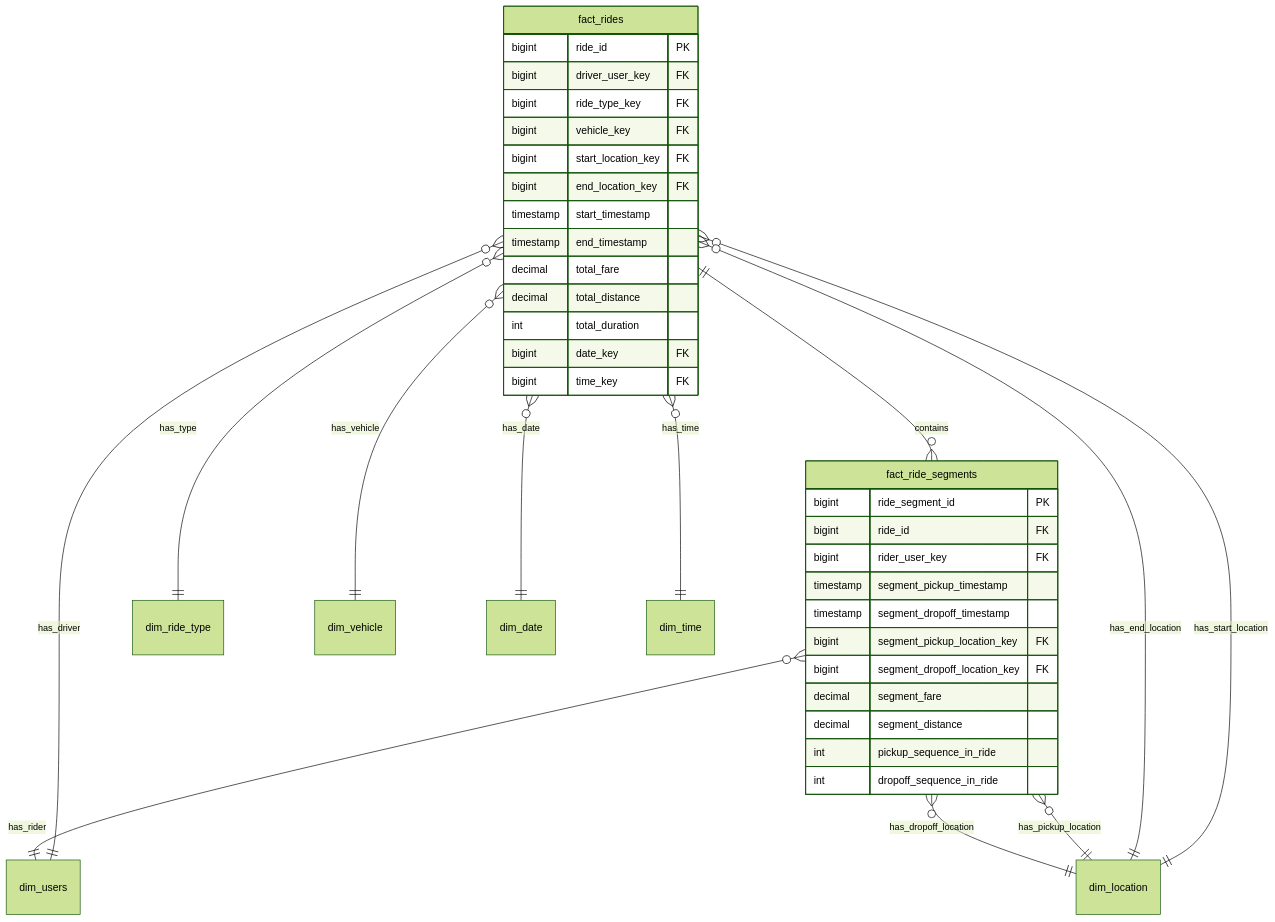
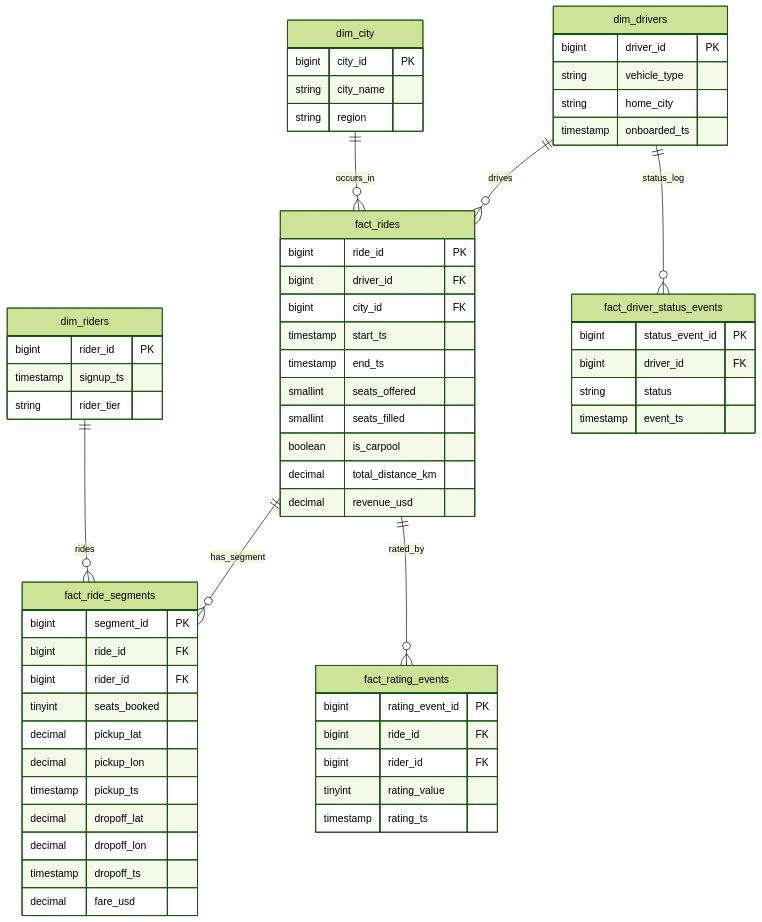
Before and after one commit to RileyLin/Data-Eng-Practice: the diagram in solutions/data_models/q001_rideshare_schema.md, drawn with Mermaid (forest theme). The commit also changed other lines of this file and 9 other files, not shown here.

````diff
--- a/solutions/data_models/q001_rideshare_schema.md
+++ b/solutions/data_models/q001_rideshare_schema.md
@@ -74,44 +74,75 @@
 ```mermaid
 erDiagram
-    fact_rides ||--o{ fact_ride_segments : contains
-    fact_rides }o--|| dim_users : has_driver
-    fact_ride_segments }o--|| dim_users : has_rider
-    fact_rides }o--|| dim_ride_type : has_type
-    fact_rides }o--|| dim_location : has_start_location
-    fact_rides }o--|| dim_location : has_end_location
-    fact_ride_segments }o--|| dim_location : has_pickup_location
-    fact_ride_segments }o--|| dim_location : has_dropoff_location
-    fact_rides }o--|| dim_vehicle : has_vehicle
-    fact_rides }o--|| dim_date : has_date
-    fact_rides }o--|| dim_time : has_time
+    %% ================ Dimensions =================
+    dim_drivers {
+        bigint driver_id PK
+        string vehicle_type
+        string home_city
+        timestamp onboarded_ts
+    }
 
+    dim_riders {
+        bigint rider_id PK
+        timestamp signup_ts
+        string rider_tier
+    }
+
+    dim_city {
+        bigint city_id PK
+        string city_name
+        string region
+    }
+
+    %% ================ Parent fact ================
     fact_rides {
         bigint ride_id PK
-        bigint driver_user_key FK
-        bigint ride_type_key FK
-        bigint vehicle_key FK
-        bigint start_location_key FK
-        bigint end_location_key FK
-        timestamp start_timestamp
-        timestamp end_timestamp
-        decimal total_fare
-        decimal total_distance
-        int total_duration
-        bigint date_key FK
-        bigint time_key FK
+        bigint driver_id FK
+        bigint city_id FK
+        timestamp start_ts
+        timestamp end_ts
+        smallint seats_offered
+        smallint seats_filled
+        boolean is_carpool
+        decimal total_distance_km
+        decimal revenue_usd
     }
 
+    %% ================ Child fact (segment) =======
     fact_ride_segments {
-        bigint ride_segment_id PK
+        bigint segment_id PK
         bigint ride_id FK
-        bigint rider_user_key FK
-        timestamp segment_pickup_timestamp
-        timestamp segment_dropoff_timestamp
-        bigint segment_pickup_location_key FK
-        bigint segment_dropoff_location_key FK
-        decimal segment_fare
-        decimal segment_distance
-        int pickup_sequence_in_ride
-        int dropoff_sequence_in_ride
+        bigint rider_id FK
+        tinyint seats_booked
+        decimal pickup_lat
+        decimal pickup_lon
+        timestamp pickup_ts
+        decimal dropoff_lat
+        decimal dropoff_lon
+        timestamp dropoff_ts
+        decimal fare_usd
     }
+
+    %% ================ Mutable event logs =========
+    fact_driver_status_events {
+        bigint status_event_id PK
+        bigint driver_id FK
+        string status
+        timestamp event_ts
+    }
+
+    fact_rating_events {
+        bigint rating_event_id PK
+        bigint ride_id FK
+        bigint rider_id FK
+        tinyint rating_value
+        timestamp rating_ts
+    }
+
+    %% ================ Relationships ==============
+    dim_drivers ||--o{ fact_rides : drives
+    dim_city ||--o{ fact_rides : occurs_in
+    fact_rides ||--o{ fact_ride_segments : has_segment
+    dim_riders ||--o{ fact_ride_segments : rides
+    dim_drivers ||--o{ fact_driver_status_events : status_log
+    fact_rides ||--o{ fact_rating_events : rated_by
 ```
````
